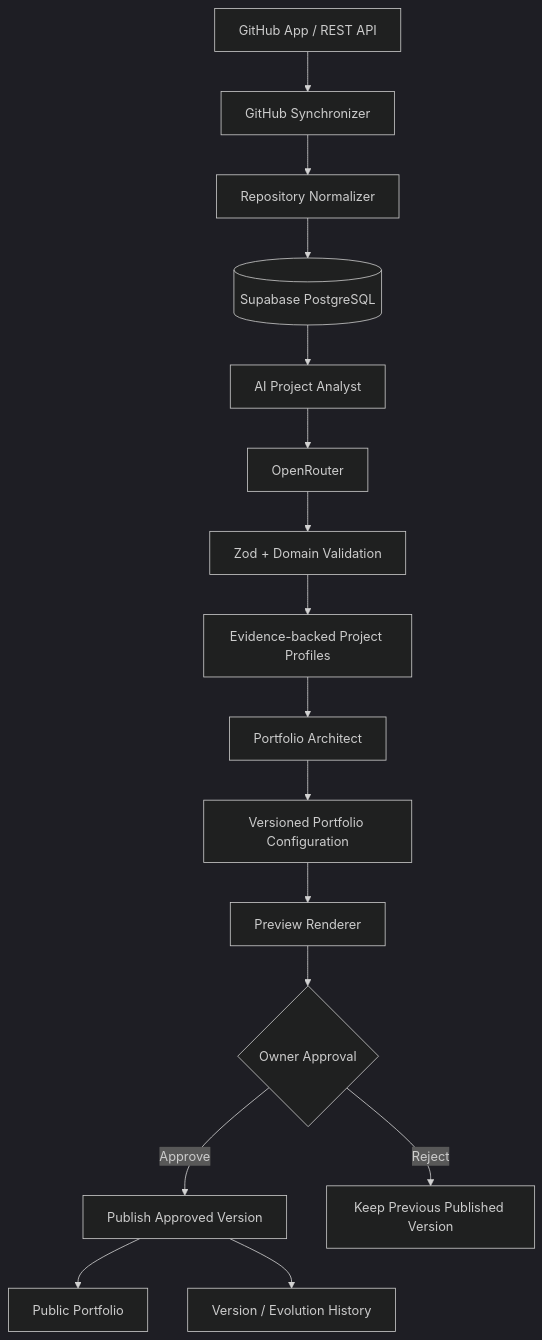
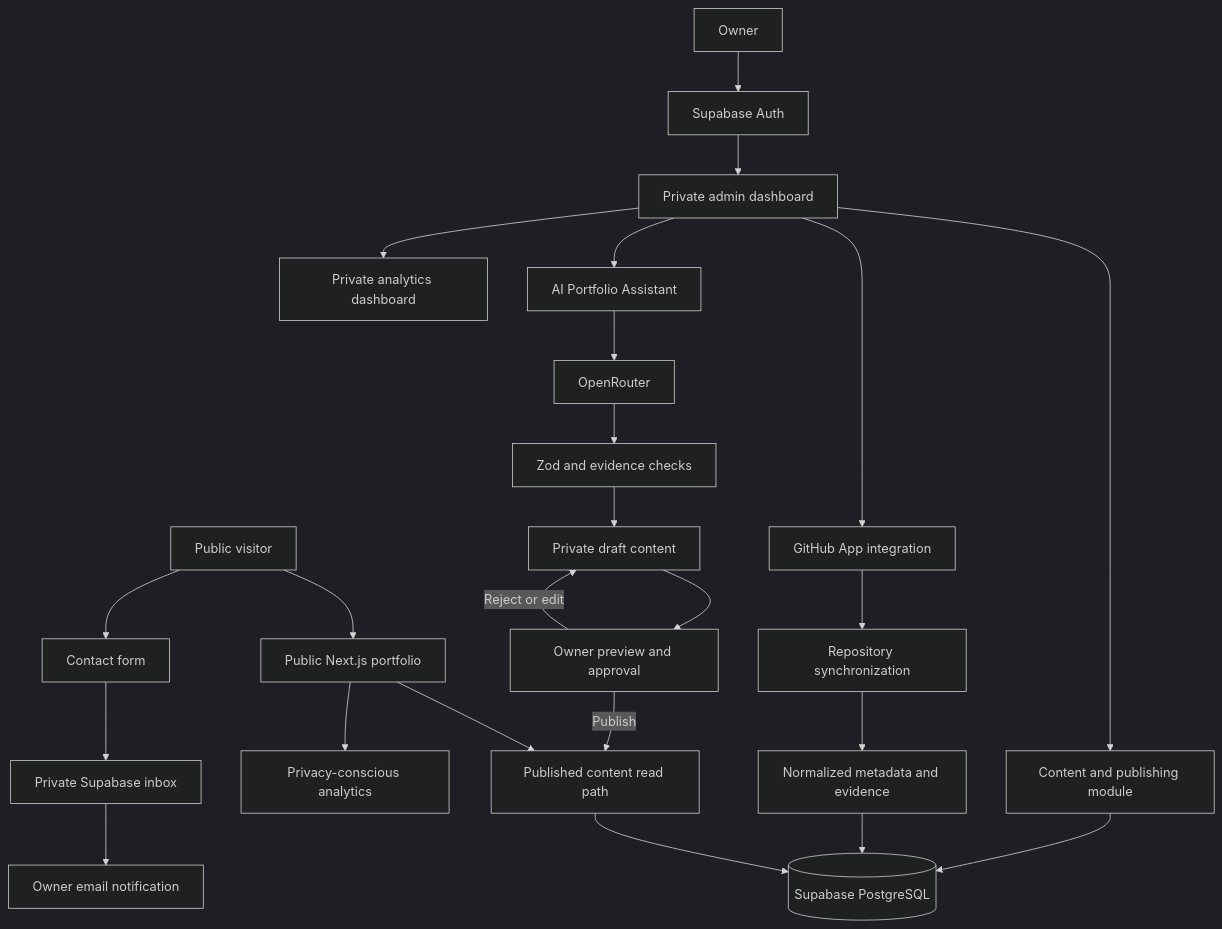
The diagram in docs/ARCHITECTURE.md (victorikaraoha23/morphfolio), drawn with Mermaid (dark theme) before and after one commit. The commit also changed other lines of this file, not shown here.

Commit message:
docs: align architecture with single-owner portfolio

````diff
--- a/docs/ARCHITECTURE.md
+++ b/docs/ARCHITECTURE.md
@@ -29,18 +39,26 @@
 ```mermaid
 flowchart TD
-  GH[GitHub App / REST API] --> SYNC[GitHub Synchronizer]
-  SYNC --> NORM[Repository Normalizer]
-  NORM --> DB[(Supabase PostgreSQL)]
-  DB --> ANALYST[AI Project Analyst]
-  ANALYST --> OR[OpenRouter]
-  OR --> VALIDATE[Zod + Domain Validation]
-  VALIDATE --> PROFILES[Evidence-backed Project Profiles]
-  PROFILES --> ARCH[Portfolio Architect]
-  ARCH --> CONFIG[Versioned Portfolio Configuration]
-  CONFIG --> PREVIEW[Preview Renderer]
-  PREVIEW --> APPROVAL{Owner Approval}
-  APPROVAL -->|Approve| PUBLISH[Publish Approved Version]
-  APPROVAL -->|Reject| KEEP[Keep Previous Published Version]
-  PUBLISH --> PUBLIC[Public Portfolio]
-  PUBLISH --> HISTORY[Version / Evolution History]
+  VISITOR[Public visitor] --> WEB[Public Next.js portfolio]
+  WEB --> PUB[Published content read path]
+  PUB --> DB[(Supabase PostgreSQL)]
+  OWNER[Owner] --> AUTH[Supabase Auth]
+  AUTH --> ADMIN[Private admin dashboard]
+  ADMIN --> CMS[Content and publishing module]
+  CMS --> DB
+  ADMIN --> GH[GitHub App integration]
+  GH --> SYNC[Repository synchronization]
+  SYNC --> EVIDENCE[Normalized metadata and evidence]
+  EVIDENCE --> DB
+  ADMIN --> AI[AI Portfolio Assistant]
+  AI --> OR[OpenRouter]
+  OR --> VALIDATE[Zod and evidence checks]
+  VALIDATE --> DRAFT[Private draft content]
+  DRAFT --> REVIEW[Owner preview and approval]
+  REVIEW -->|Publish| PUB
+  REVIEW -->|Reject or edit| DRAFT
+  VISITOR --> CONTACT[Contact form]
+  CONTACT --> INBOX[Private Supabase inbox]
+  INBOX --> EMAIL[Owner email notification]
+  WEB --> ANALYTICS[Privacy-conscious analytics]
+  ADMIN --> ANALYTICS_DASH[Private analytics dashboard]
 ```
````
